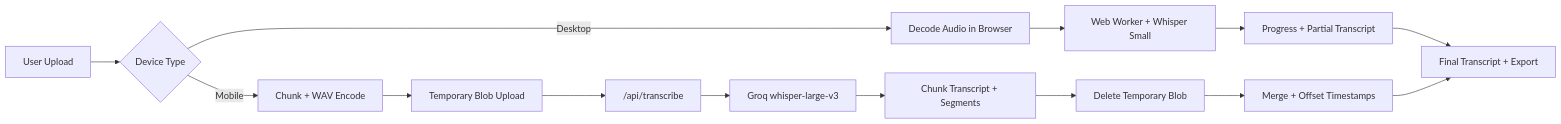
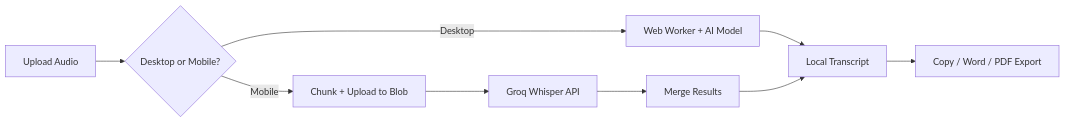
The diagram in README.md (onatozmenn/audio-transcription-tool), drawn with Mermaid before and after one commit. The commit also changed other lines of this file and 9 other files, not shown here.

Commit message:
Redesign UI: two-column layout, animated placeholder, Word/PDF export, AI logos, rainbow border, real brand SVGs, mobile fixes, privacy policy update

````diff
--- a/README.md
+++ b/README.md
@@ -79,17 +58,11 @@
 ```mermaid
 flowchart LR
-    A[User Upload] --> B{Device Type}
-    B -->|Desktop| C[Decode Audio in Browser]
-    C --> D[Web Worker + Whisper Small]
-    D --> E[Progress + Partial Transcript]
-    E --> F[Final Transcript + Export]
-
-    B -->|Mobile| G[Chunk + WAV Encode]
-    G --> H[Temporary Blob Upload]
-    H --> I["/api/transcribe"]
-    I --> J[Groq whisper-large-v3]
-    J --> K[Chunk Transcript + Segments]
-    K --> L[Delete Temporary Blob]
-    L --> M[Merge + Offset Timestamps]
-    M --> F
+    A[Upload Audio] --> B{Desktop or Mobile?}
+    B -->|Desktop| C[Web Worker + AI Model]
+    C --> D[Local Transcript]
+    B -->|Mobile| E[Chunk + Upload to Blob]
+    E --> F[Groq Whisper API]
+    F --> G[Merge Results]
+    G --> D
+    D --> H[Copy / Word / PDF Export]
 ```
````
